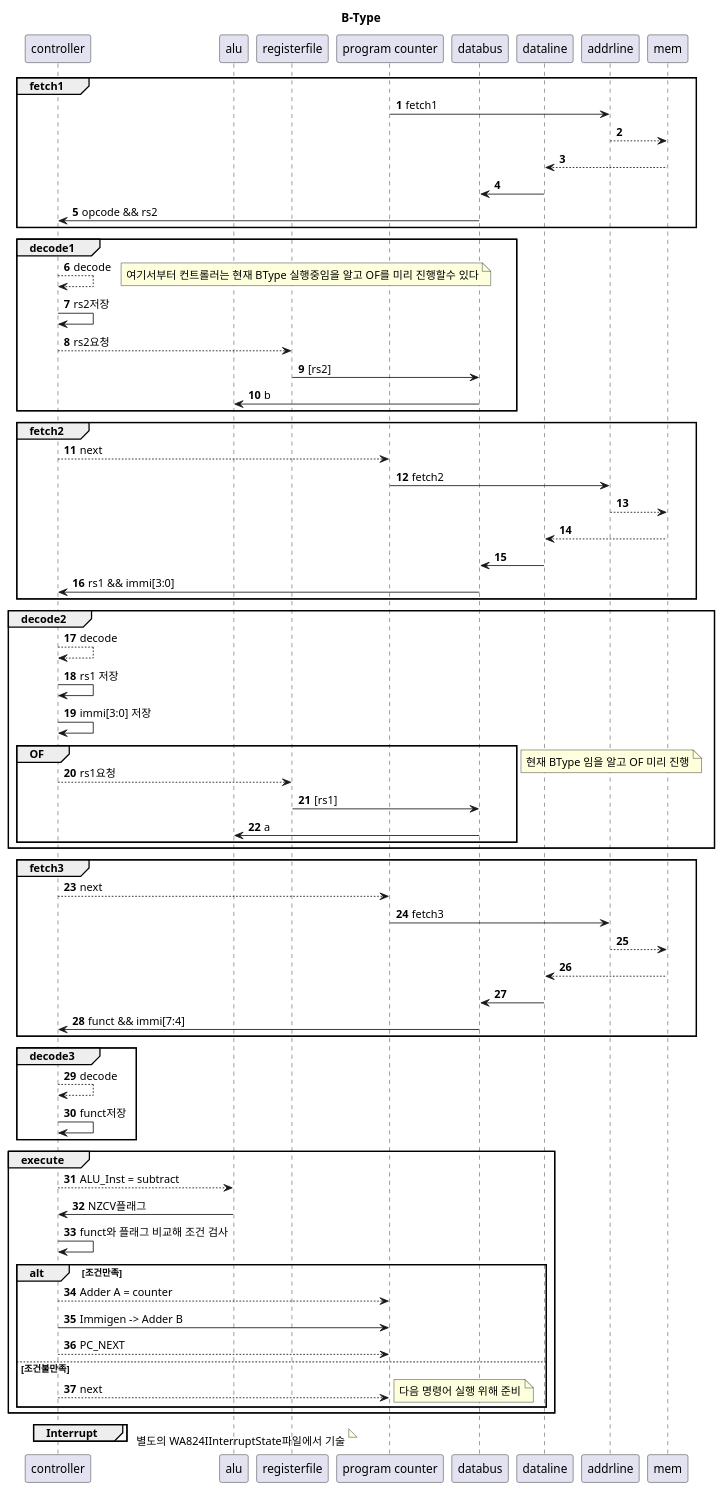
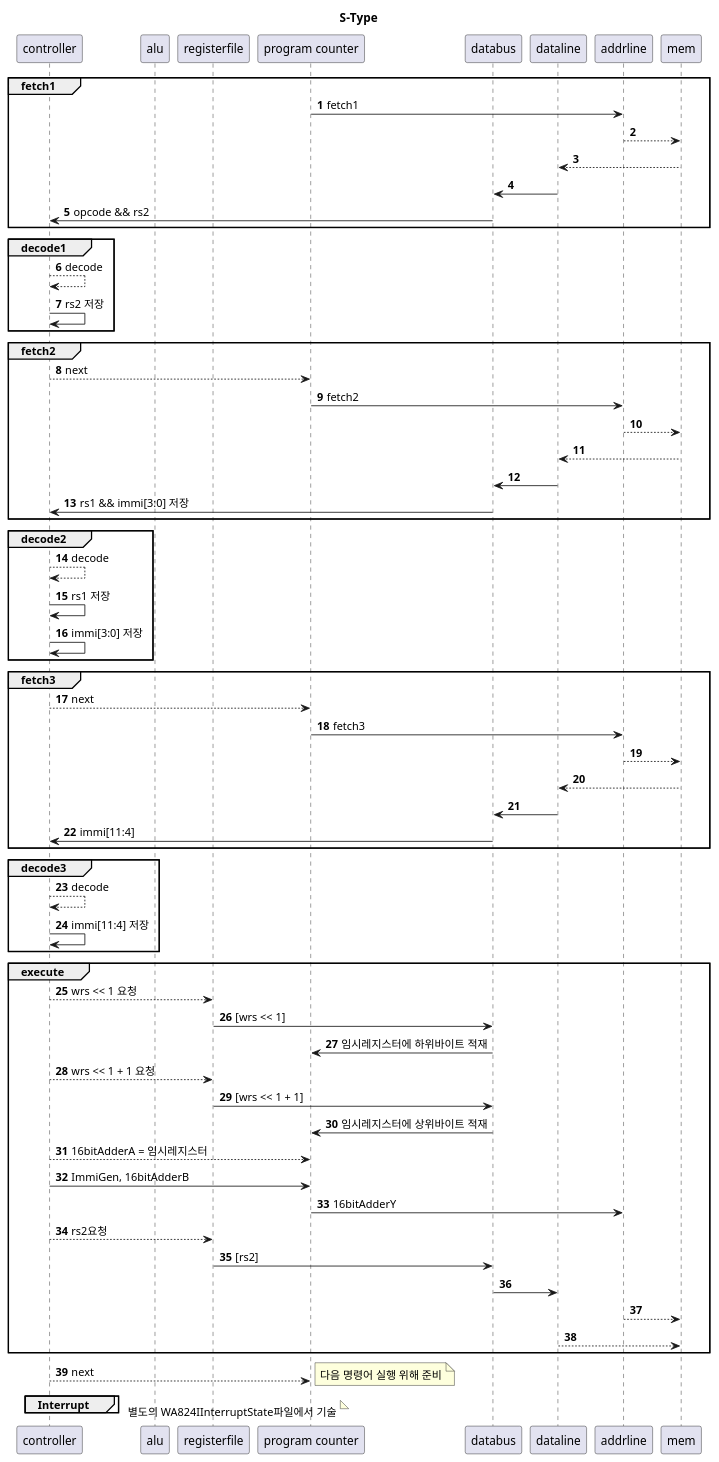
Before and after one commit to BeomjunKim-3p/wach: the diagram in wa824/docs/core/I/WA824ISTypeFlow.puml, drawn with PlantUML. The commit also changed 6 other files, not shown here.

Commit message:
Docs: fix control flow

```diff
--- a/wa824/docs/core/I/WA824ISTypeFlow.puml
+++ b/wa824/docs/core/I/WA824ISTypeFlow.puml
@@ -1,81 +1,78 @@
 @startuml
-title B-Type
+title S-Type
 autonumber
 participant controller         as ct
 participant alu                as al
 participant registerfile       as rf
 participant "program counter"  as pc
 participant databus            as db
 participant dataline           as dl
-participant addrline           as adl
+participant addrline           as ad
 participant mem                as me
 
 group fetch1
-  pc -> adl : fetch1
-  adl --> me
+  pc -> ad : fetch1
+  ad --> me
   me --> dl
   dl -> db
   db -> ct : opcode && rs2
 end
 
 group decode1
   ct --> ct : decode
-  note right: 여기서부터 컨트롤러는 현재 BType 실행중임을 알고 OF를 미리 진행할수 있다
-  ct -> ct : rs2저장
-  ct --> rf : rs2요청
-  rf -> db : [rs2]
-  db -> al : b
+  ct -> ct : rs2 저장
 end
 
 group fetch2
   ct --> pc : next
-  pc -> adl : fetch2
-  adl --> me
+  pc -> ad : fetch2
+  ad --> me
   me --> dl
   dl -> db
-  db -> ct : rs1 && immi[3:0]
+  db -> ct : rs1 && immi[3:0] 저장
 end
 
 group decode2
   ct --> ct : decode
   ct -> ct : rs1 저장
   ct -> ct : immi[3:0] 저장
-  group OF
-    ct --> rf : rs1요청
-    rf -> db : [rs1]
-    db -> al : a
-  end
-  note right: 현재 BType 임을 알고 OF 미리 진행
 end
 
 group fetch3
   ct --> pc : next
-  pc -> adl : fetch3
-  adl --> me
+  pc -> ad : fetch3
+  ad --> me
   me --> dl
   dl -> db
-  db -> ct : funct && immi[7:4]
+  db -> ct : immi[11:4]
 end
 
 group decode3
   ct --> ct : decode
-  ct -> ct : funct저장
+  ct -> ct : immi[11:4] 저장
 end
+
 group execute
-  ct --> al : ALU_Inst = subtract
-  al -> ct : NZCV플래그
-  ct -> ct : funct와 플래그 비교해 조건 검사
-  alt 조건만족
-    ct --> pc : Adder A = counter
-    ct -> pc : Immigen -> Adder B
-    ct --> pc : PC_NEXT
-  else 조건불만족
-    ct --> pc : next
-    note right: 다음 명령어 실행 위해 준비
-  end
+  ct --> rf : wrs << 1 요청
+  rf -> db : [wrs << 1]
+  db -> pc : 임시레지스터에 하위바이트 적재
+  ct --> rf : wrs << 1 + 1 요청
+  rf -> db : [wrs << 1 + 1]
+  db -> pc : 임시레지스터에 상위바이트 적재
+  ct --> pc : 16bitAdderA = 임시레지스터
+  ct -> pc : ImmiGen, 16bitAdderB
+  pc -> ad : 16bitAdderY
+  ct --> rf: rs2요청
+  rf -> db : [rs2]
+  db -> dl
+  ad --> me
+  dl --> me
 end
+
+ct --> pc : next
+note right: 다음 명령어 실행 위해 준비
 
 group Interrupt
 end
 note right: 별도의 WA824IInterruptState파일에서 기술
 @enduml
```
